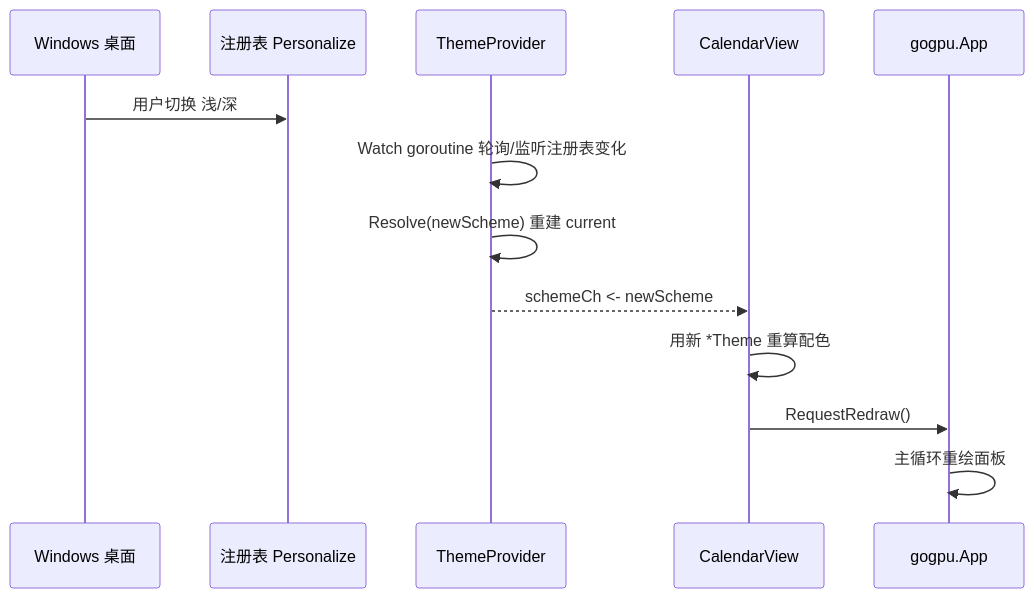
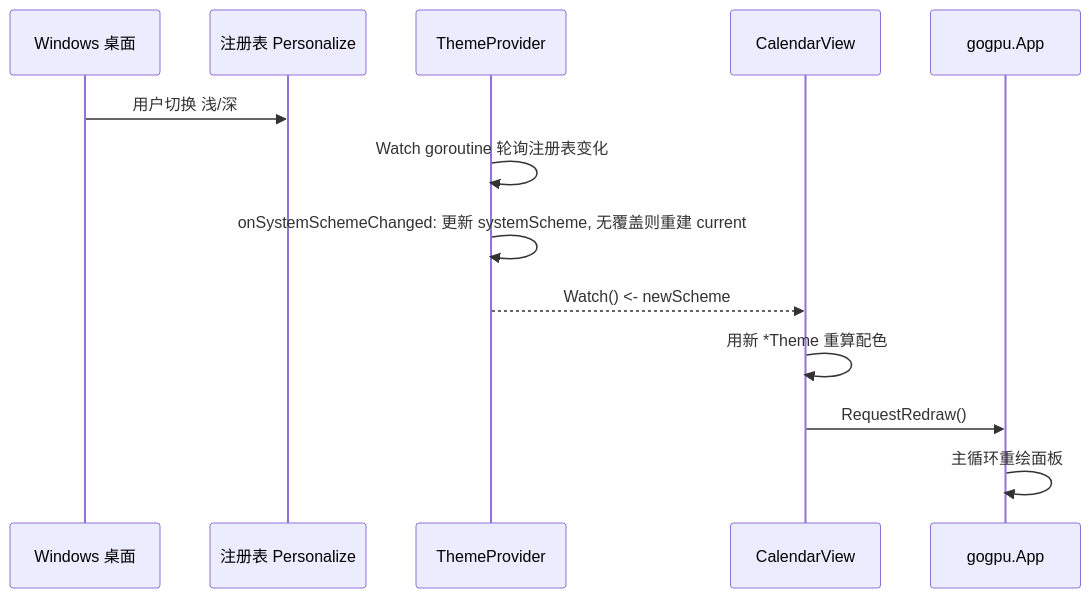
The third of 4 diagrams in docs/40-Theme/Theme.md (shaolei/DeskCalendar), drawn with Mermaid before and after one commit. The commit also changed other lines of this file and 7 other files, not shown here.

````diff
--- a/docs/40-Theme/Theme.md
+++ b/docs/40-Theme/Theme.md
@@ -147,16 +148,16 @@
 ```mermaid
 sequenceDiagram
     participant Win as Windows 桌面
     participant Reg as 注册表 Personalize
     participant TP as ThemeProvider
     participant UI as CalendarView
     participant GPU as gogpu.App
 
     Win->>Reg: 用户切换 浅/深
-    TP->>TP: Watch goroutine 轮询/监听注册表变化
-    TP->>TP: Resolve(newScheme) 重建 current
-    TP-->>UI: schemeCh <- newScheme
+    TP->>TP: Watch goroutine 轮询注册表变化
+    TP->>TP: onSystemSchemeChanged: 更新 systemScheme, 无覆盖则重建 current
+    TP-->>UI: Watch() <- newScheme
     UI->>UI: 用新 *Theme 重算配色
     UI->>GPU: RequestRedraw()
     GPU->>GPU: 主循环重绘面板
 ```
````
